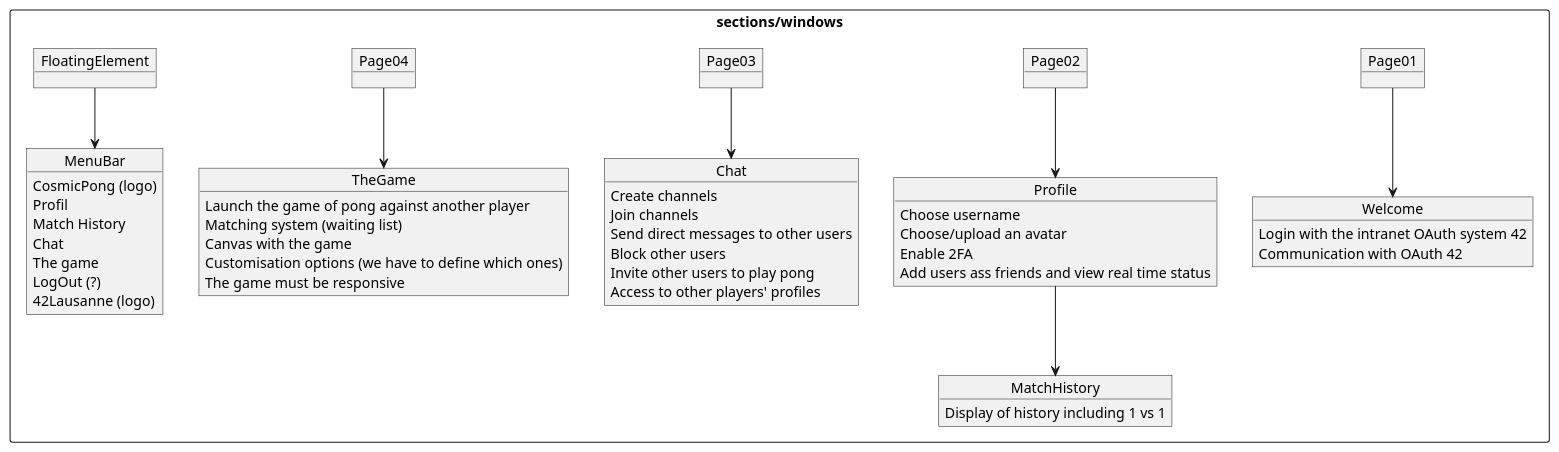
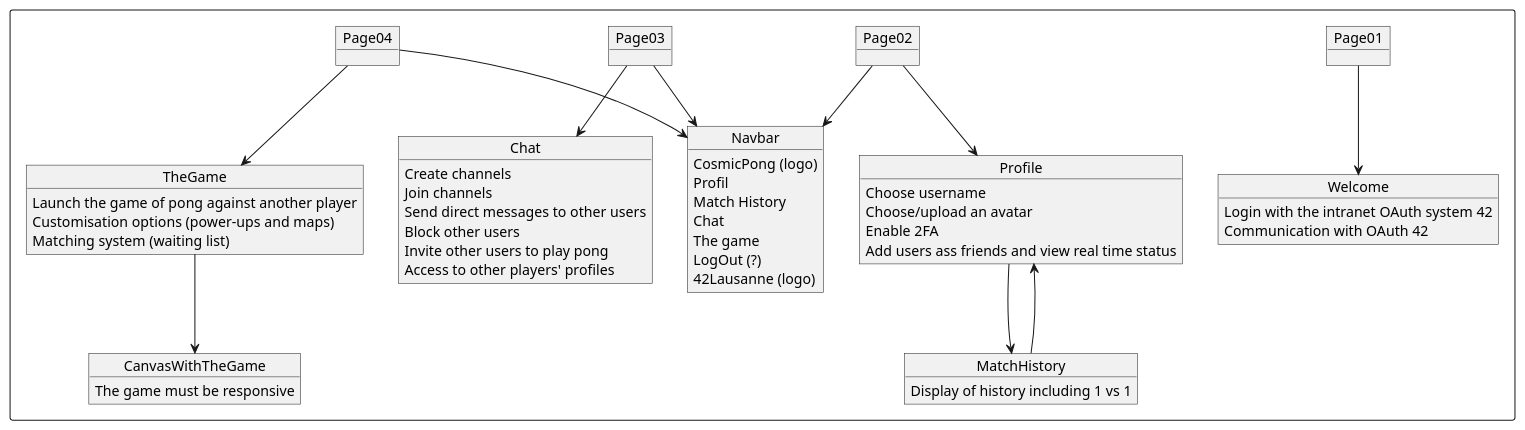
Before and after one commit to eprei/42_ft_transcendence: the second of 2 diagrams in docs/README.adoc, drawn with PlantUML. The commit also changed other lines of this file and 9 other files, not shown here.

```diff
--- a/docs/README.adoc
+++ b/docs/README.adoc
@@ -155,61 +168,66 @@
 [plantuml, target=assets/design, format=svg, width=100%]
 ....
-rectangle sections/windows {
+rectangle {
 
 	object Page01
 	object Page02
 	object Page03
 	object Page04
-	object FloatingElement
 
 	object Welcome {
 		Login with the intranet OAuth system 42
 		Communication with OAuth 42
 	}
-	
+
 	object Profile {
 		Choose username
 		Choose/upload an avatar
 		Enable 2FA
 		Add users ass friends and view real time status
 	}
-	
+
 	object MatchHistory{
 		Display of history including 1 vs 1
 	}
-	
+
 	object Chat{
 		Create channels
 		Join channels
 		Send direct messages to other users
 		Block other users
 		Invite other users to play pong
 		Access to other players' profiles
 	}
-	
-	object MenuBar{
+
+	object Navbar{
 		CosmicPong (logo)
 		Profil
 		Match History
 		Chat
 		The game
 		LogOut (?)
 		42Lausanne (logo)
 	}
 
 	object TheGame{
 		Launch the game of pong against another player
+		Customisation options (power-ups and maps)
 		Matching system (waiting list)
-		Canvas with the game
-		Customisation options (we have to define which ones)
+	}
+
+	object CanvasWithTheGame{
 		The game must be responsive
 	}
 
 	Page01 --> Welcome
 	Page02 --> Profile
+	Page02 --> Navbar
 	Profile --> MatchHistory
+	MatchHistory --> Profile
 	Page03 --> Chat
+	Page03 --> Navbar
 	Page04 --> TheGame
-	FloatingElement --> MenuBar
+	TheGame --> CanvasWithTheGame
+	Page04 --> Navbar
 }
 ....
```
